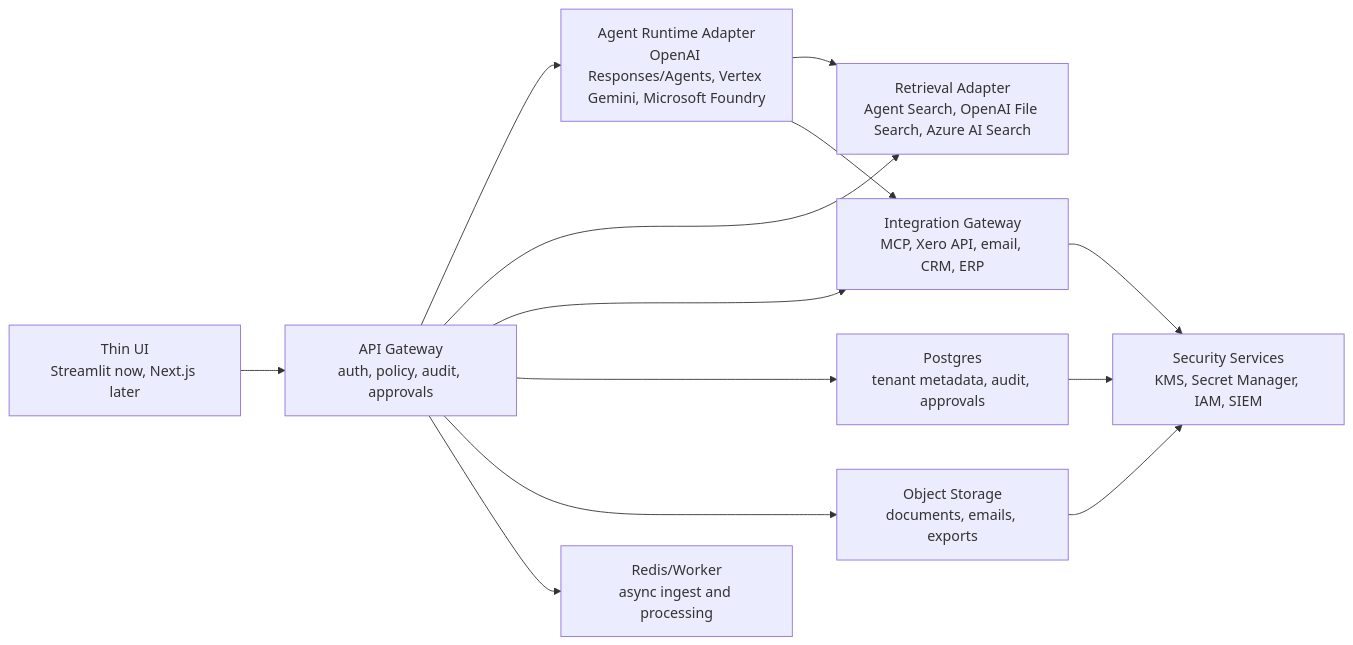
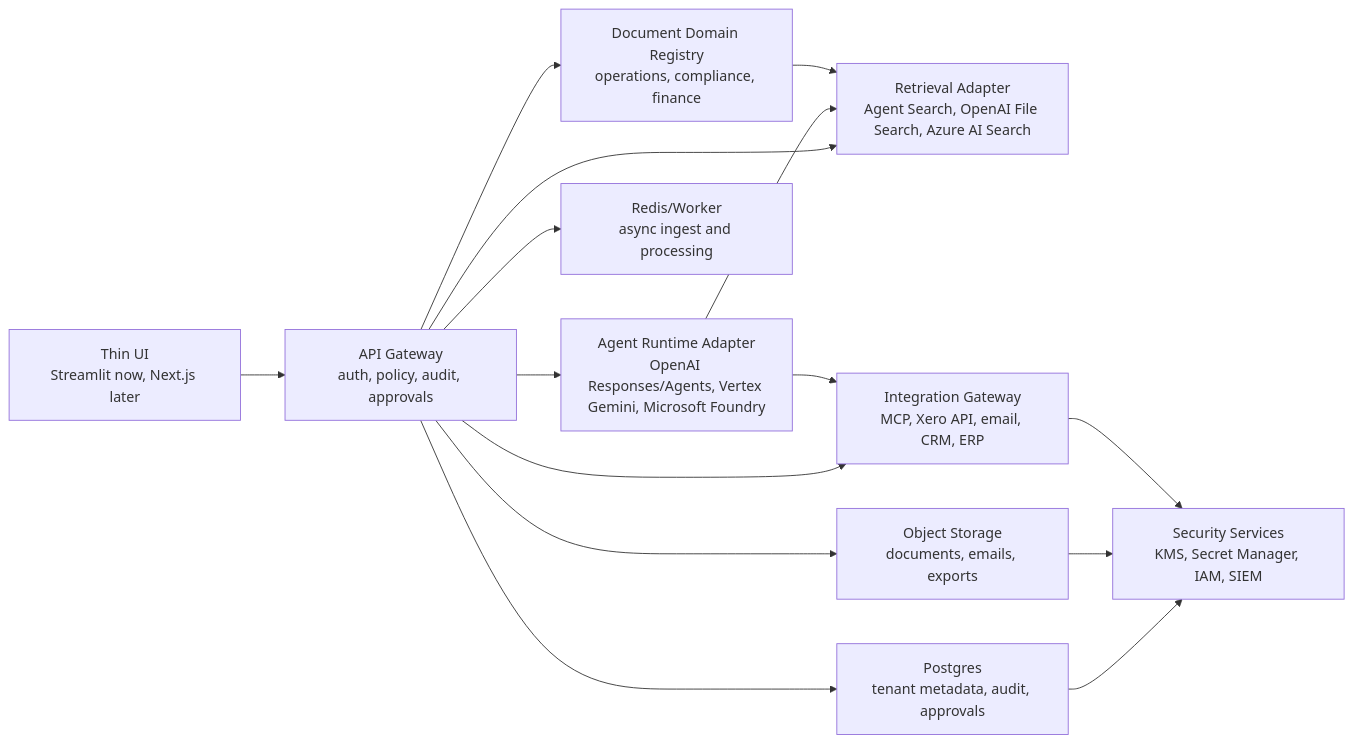
One commit to NeilAdamson/sme-ops-center changed the diagram in docs/Project_Feasibility_Architecture_Review_2026-06-14.md. Above: the diagram before and after it, drawn with Mermaid. The commit also changed other lines of this file and 18 other files, not shown here.

````diff
--- a/docs/Project_Feasibility_Architecture_Review_2026-06-14.md
+++ b/docs/Project_Feasibility_Architecture_Review_2026-06-14.md
@@ -152,25 +154,28 @@
 ```mermaid
 flowchart LR
     UI["Thin UI<br/>Streamlit now, Next.js later"]
     API["API Gateway<br/>auth, policy, audit, approvals"]
     Agent["Agent Runtime Adapter<br/>OpenAI Responses/Agents, Vertex Gemini, Microsoft Foundry"]
     Retrieval["Retrieval Adapter<br/>Agent Search, OpenAI File Search, Azure AI Search"]
+    Domains["Document Domain Registry<br/>operations, compliance, finance"]
     Tools["Integration Gateway<br/>MCP, Xero API, email, CRM, ERP"]
     Store["Postgres<br/>tenant metadata, audit, approvals"]
     Object["Object Storage<br/>documents, emails, exports"]
     Queue["Redis/Worker<br/>async ingest and processing"]
     Sec["Security Services<br/>KMS, Secret Manager, IAM, SIEM"]
 
     UI --> API
     API --> Agent
     API --> Retrieval
+    API --> Domains
     API --> Tools
     API --> Store
     API --> Object
     API --> Queue
     Agent --> Retrieval
+    Domains --> Retrieval
     Agent --> Tools
     Store --> Sec
     Object --> Sec
     Tools --> Sec
 ```
````
